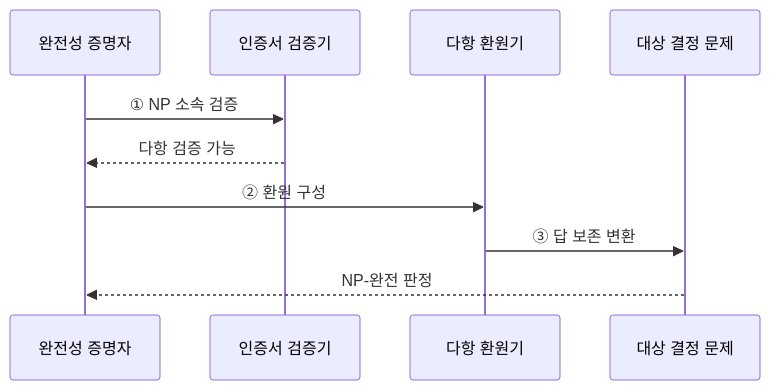
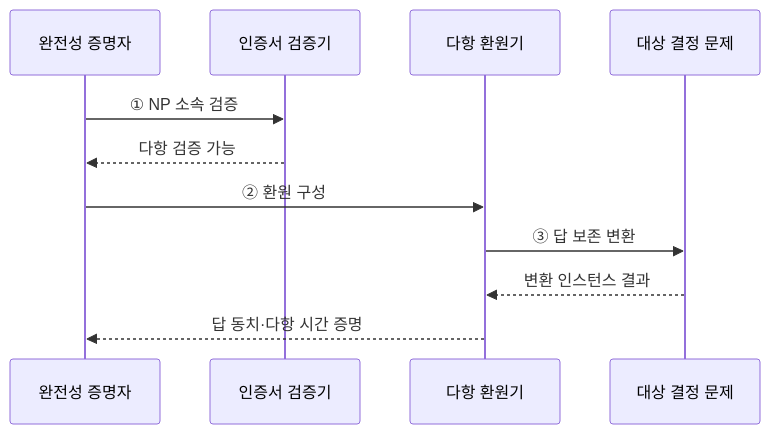
Before and after one commit to agnusdei1207/knowledge-base: the second of 2 diagrams in src/content/docs/notes/01-basic-theory/019_np_complete.md, drawn with Mermaid. The commit also changed other lines of this file and 10 other files, not shown here.

````diff
--- a/src/content/docs/notes/01-basic-theory/019_np_complete.md
+++ b/src/content/docs/notes/01-basic-theory/019_np_complete.md
@@ -86,12 +71,13 @@
 ```mermaid
 sequenceDiagram
     participant P as 완전성 증명자
     participant V as 인증서 검증기
     participant R as 다항 환원기
     participant T as 대상 결정 문제
     P->>V: ① NP 소속 검증
     V-->>P: 다항 검증 가능
     P->>R: ② 환원 구성
     R->>T: ③ 답 보존 변환
-    T-->>P: NP-완전 판정
+    T-->>R: 변환 인스턴스 결과
+    R-->>P: 답 동치·다항 시간 증명
 ```
````
